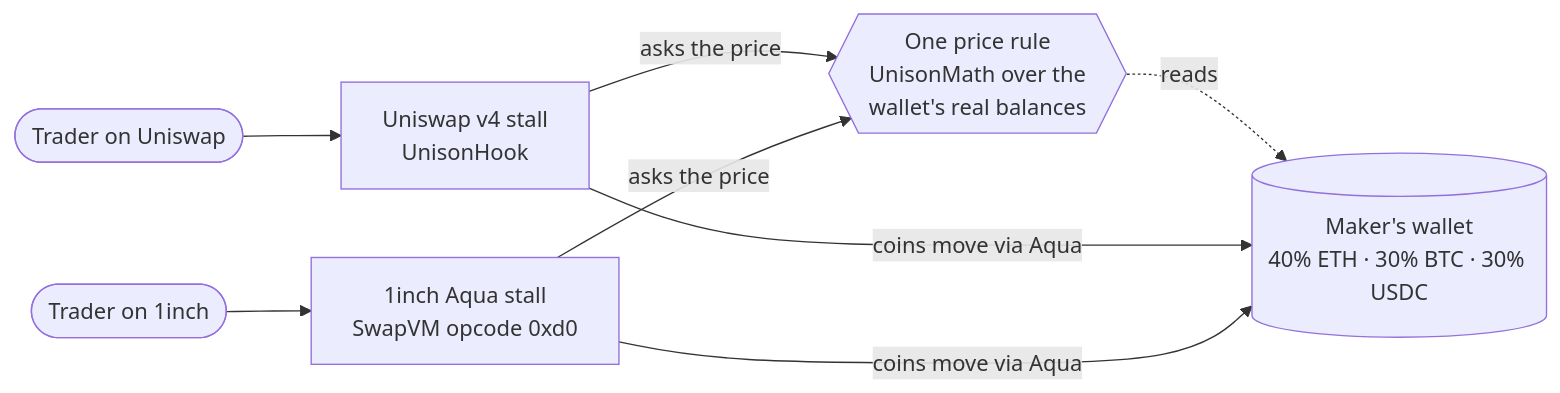
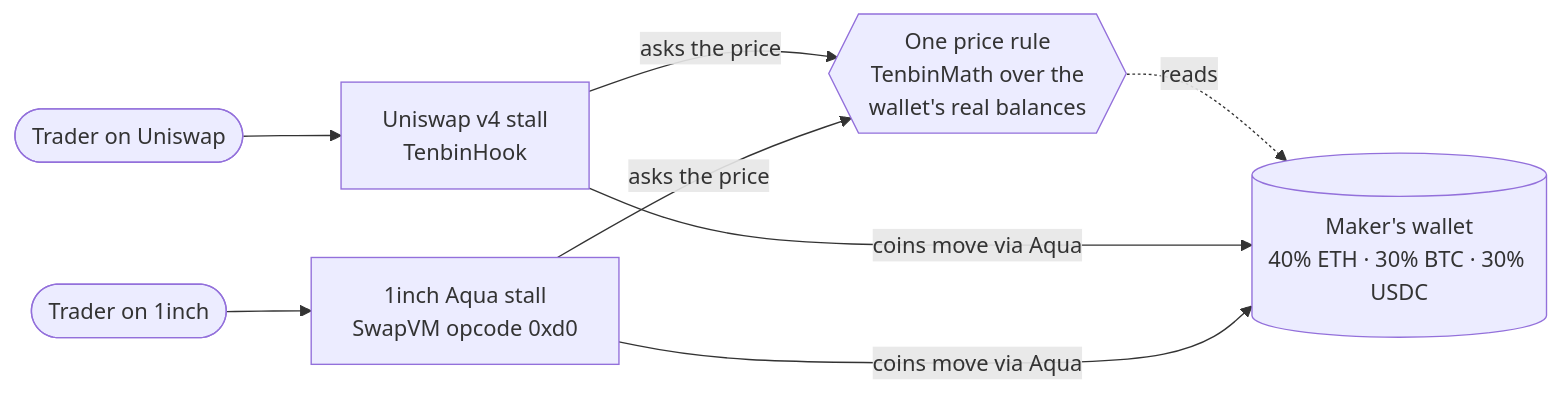
The first of 7 diagrams in docs/explained.md (Abhist17/mohur), drawn with Mermaid before and after one commit. The commit also changed other lines of this file and 157 other files, not shown here.

````diff
--- a/docs/explained.md
+++ b/docs/explained.md
@@ -40,10 +40,10 @@
 ```mermaid
 flowchart LR
-    T1([Trader on Uniswap]) --> U[Uniswap v4 stall<br/>UnisonHook]
+    T1([Trader on Uniswap]) --> U[Uniswap v4 stall<br/>TenbinHook]
     T2([Trader on 1inch]) --> A[1inch Aqua stall<br/>SwapVM opcode 0xd0]
-    U -- "asks the price" --> P{{One price rule<br/>UnisonMath over the<br/>wallet's real balances}}
+    U -- "asks the price" --> P{{One price rule<br/>TenbinMath over the<br/>wallet's real balances}}
     A -- "asks the price" --> P
     P -. reads .-> W[(Maker's wallet<br/>40% ETH · 30% BTC · 30% USDC)]
     U -- "coins move via Aqua" --> W
     A -- "coins move via Aqua" --> W
 ```
````
